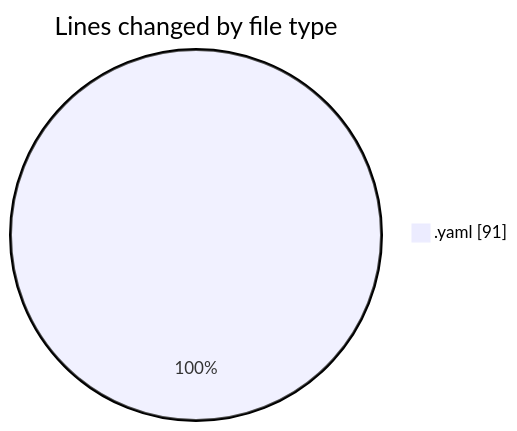
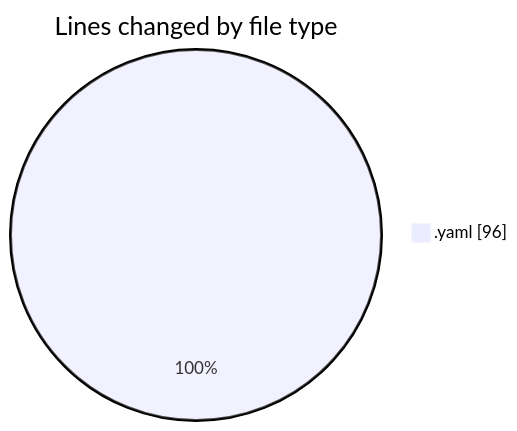
One commit to donsfak/code-tracking changed the first of 2 diagrams in 2025-02-16/uber_clone_v1/README.md. Above: the diagram before and after it, drawn with Mermaid. The commit also changed other lines of this file and 1 other file, not shown here.

````diff
--- a/2025-02-16/uber_clone_v1/README.md
+++ b/2025-02-16/uber_clone_v1/README.md
@@ -20,5 +20,5 @@
 ```mermaid
 pie showData
 title Lines changed by file type
-".yaml" : 91
+".yaml" : 96
 ```
````
